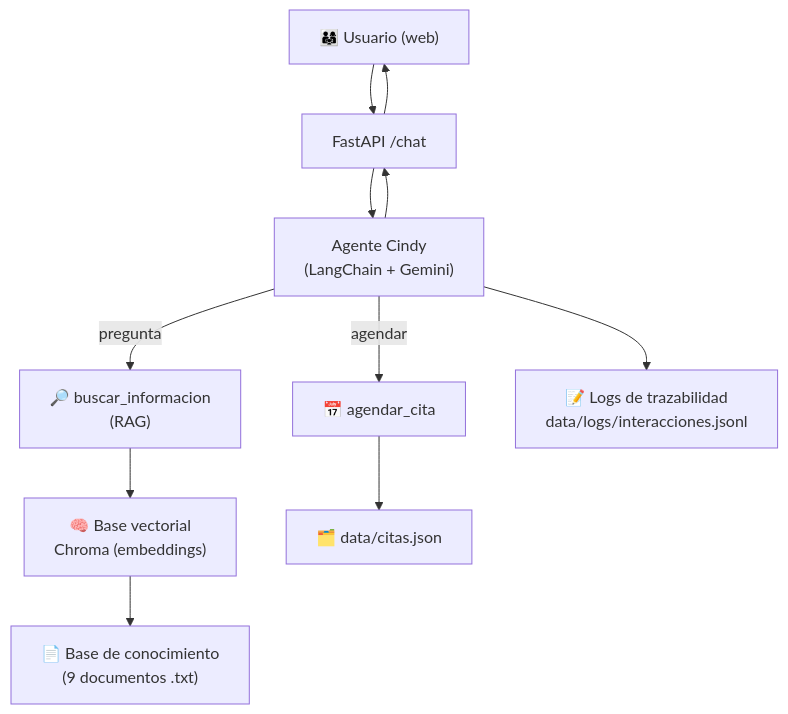
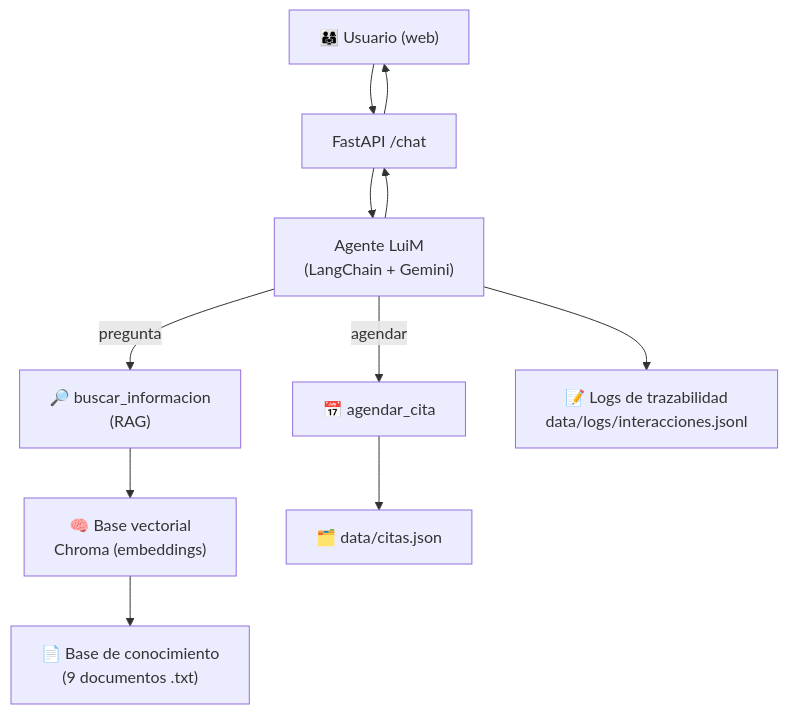
One commit to migcavero/chanlengerG10Alura changed the diagram in README.md. Above: the diagram before and after it, drawn with Mermaid. The commit also changed other lines of this file, not shown here.

````diff
--- a/README.md
+++ b/README.md
@@ -31,12 +31,12 @@
 ```mermaid
 flowchart TD
     U["👨‍👩‍👧 Usuario (web)"] --> API["FastAPI /chat"]
-    API --> AG["Agente Cindy<br/>(LangChain + Gemini)"]
+    API --> AG["Agente LuiM<br/>(LangChain + Gemini)"]
     AG -->|"pregunta"| T1["🔎 buscar_informacion<br/>(RAG)"]
     AG -->|"agendar"| T2["📅 agendar_cita"]
     T1 --> VS["🧠 Base vectorial<br/>Chroma (embeddings)"]
     VS --> KB["📄 Base de conocimiento<br/>(9 documentos .txt)"]
     T2 --> J["🗂️ data/citas.json"]
     AG --> LOG["📝 Logs de trazabilidad<br/>data/logs/interacciones.jsonl"]
     AG --> API --> U
 ```
````
